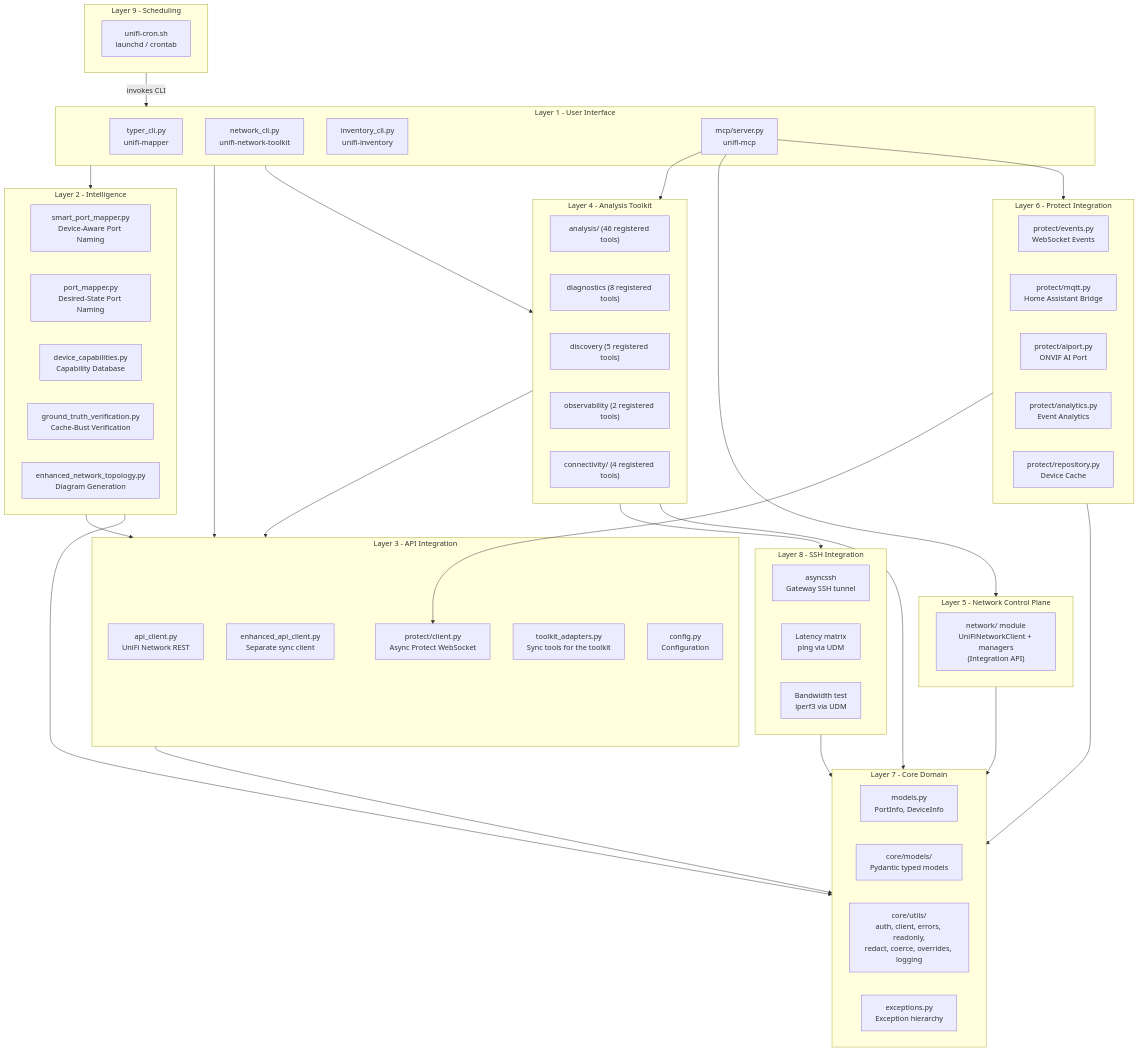
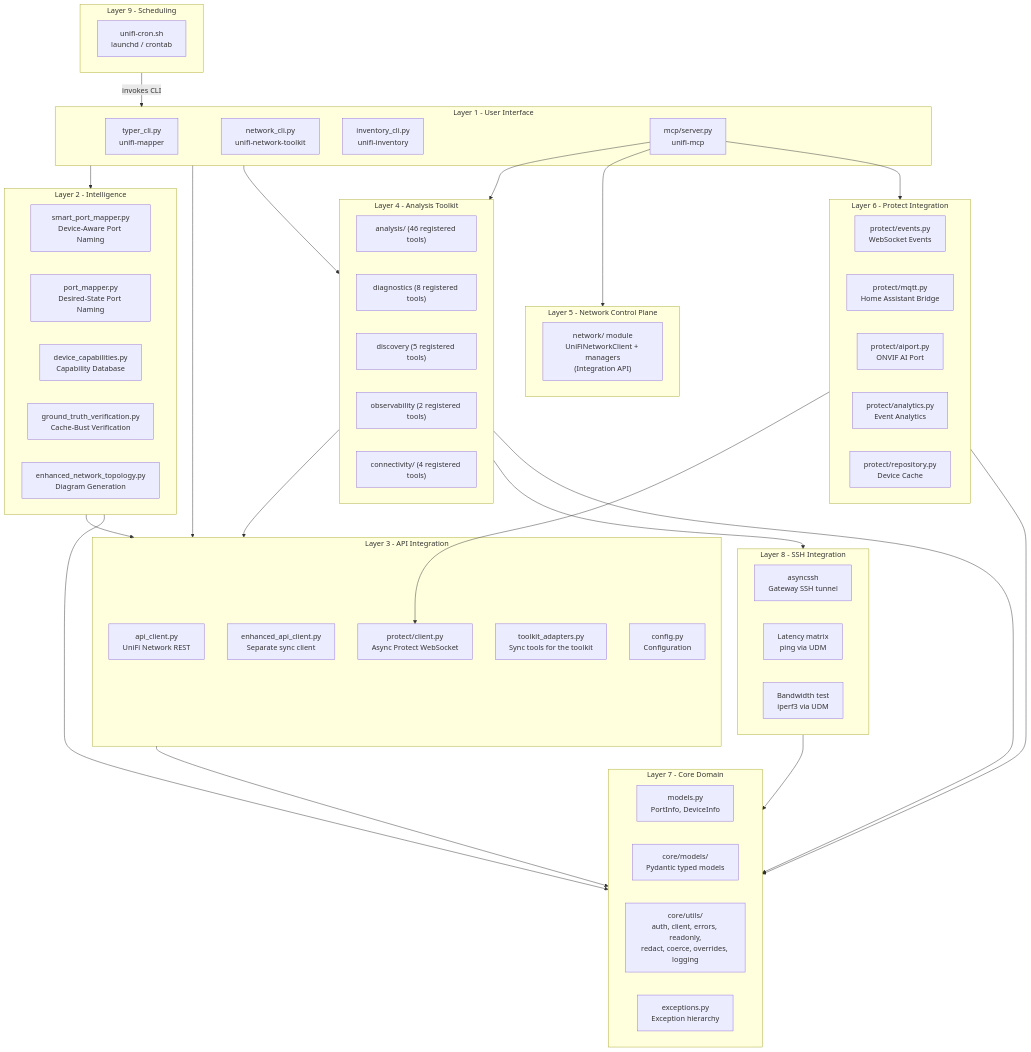
Before and after one commit to NetDevAutomate/unifi_management_cli: the first of 21 diagrams in docs/architecture/architecture-overview.md, drawn with Mermaid. The commit also changed other lines of this file and 2 other files, not shown here.

First line of the commit message:
docs(architecture): correct config, client, layer and topology claims

````diff
--- a/docs/architecture/architecture-overview.md
+++ b/docs/architecture/architecture-overview.md
@@ -55,80 +55,79 @@
 ```mermaid
 graph TB
     subgraph UI["Layer 1 - User Interface"]
         TC["typer_cli.py\nunifi-mapper"]
         NC["network_cli.py\nunifi-network-toolkit"]
         IC["inventory_cli.py\nunifi-inventory"]
         MCP["mcp/server.py\nunifi-mcp"]
     end
 
     subgraph SCHED["Layer 9 - Scheduling"]
         CRON["unifi-cron.sh\nlaunchd / crontab"]
     end
 
     subgraph INT["Layer 2 - Intelligence"]
         SPM["smart_port_mapper.py\nDevice-Aware Port Naming"]
         PM["port_mapper.py\nDesired-State Port Naming"]
         DC["device_capabilities.py\nCapability Database"]
         GTV["ground_truth_verification.py\nCache-Bust Verification"]
         NT["enhanced_network_topology.py\nDiagram Generation"]
     end
 
     subgraph API["Layer 3 - API Integration"]
         AC["api_client.py\nUniFi Network REST"]
         EAC["enhanced_api_client.py\nSeparate sync client"]
         PC["protect/client.py\nAsync Protect WebSocket"]
         TA["toolkit_adapters.py\nSync tools for the toolkit"]
         CFG["config.py\nConfiguration"]
     end
 
     subgraph AT["Layer 4 - Analysis Toolkit"]
         AN["analysis/ (46 registered tools)"]
         DG["diagnostics (8 registered tools)"]
         DS["discovery (5 registered tools)"]
         OB["observability (2 registered tools)"]
         CN["connectivity/ (4 registered tools)"]
     end
 
     subgraph SSH["Layer 8 - SSH Integration"]
         SSHL["asyncssh\nGateway SSH tunnel"]
         PING["Latency matrix\nping via UDM"]
         IPERF["Bandwidth test\niperf3 via UDM"]
     end
 
     subgraph NCP["Layer 5 - Network Control Plane"]
         NW["network/ module\nUniFiNetworkClient + managers\n(Integration API)"]
     end
 
     subgraph PR["Layer 6 - Protect Integration"]
         PE["protect/events.py\nWebSocket Events"]
         PQ["protect/mqtt.py\nHome Assistant Bridge"]
         PAI["protect/aiport.py\nONVIF AI Port"]
         PAN["protect/analytics.py\nEvent Analytics"]
         PRE["protect/repository.py\nDevice Cache"]
     end
 
     subgraph CD["Layer 7 - Core Domain"]
         MD["models.py\nPortInfo, DeviceInfo"]
         CM["core/models/\nPydantic typed models"]
         CU["core/utils/\nauth, client, errors, readonly,\nredact, coerce, overrides, logging"]
         EX["exceptions.py\nException hierarchy"]
     end
 
     SCHED -->|"invokes CLI"| UI
     UI --> INT
     UI --> API
     UI --> AT
     INT --> API
     INT --> CD
     API --> CD
     AT --> API
     AT --> SSH
     AT --> CD
-    NCP --> CD
     PR --> PC
     PR --> CD
     MCP --> AT
     MCP --> NCP
     MCP --> PR
     SSH --> CD
 ```
````
